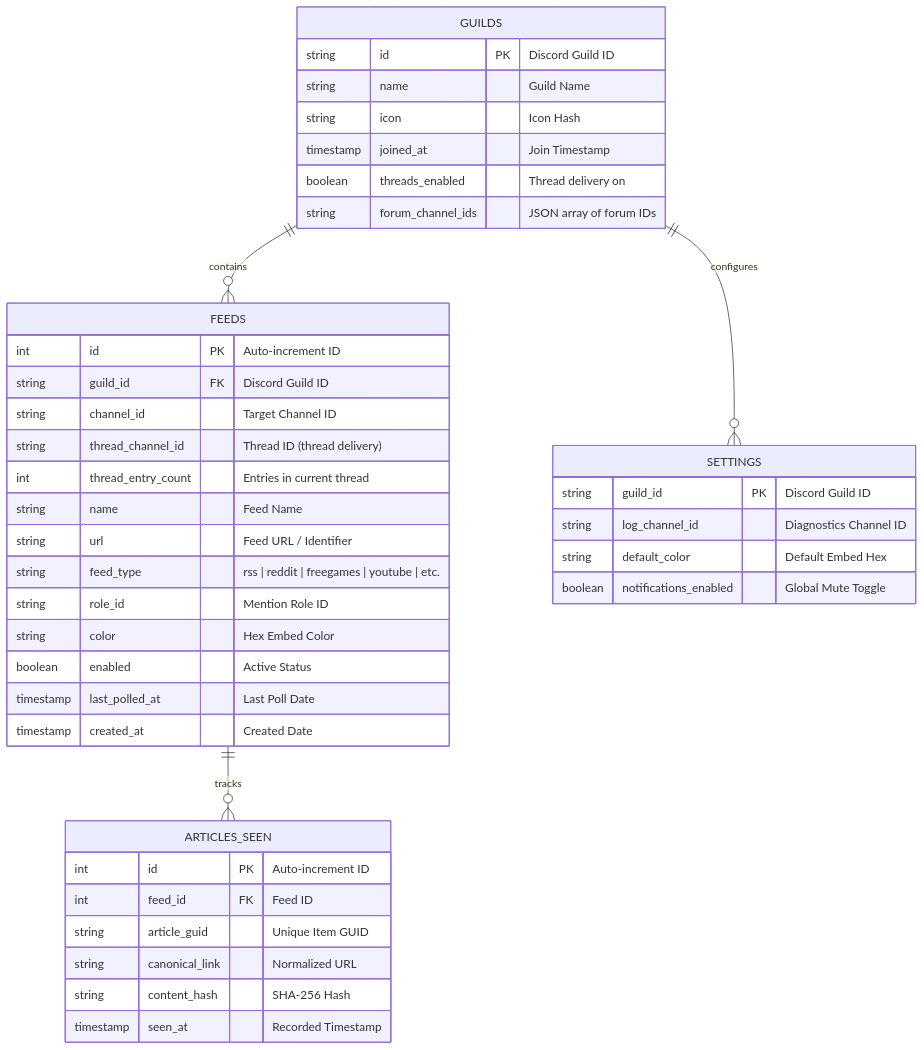
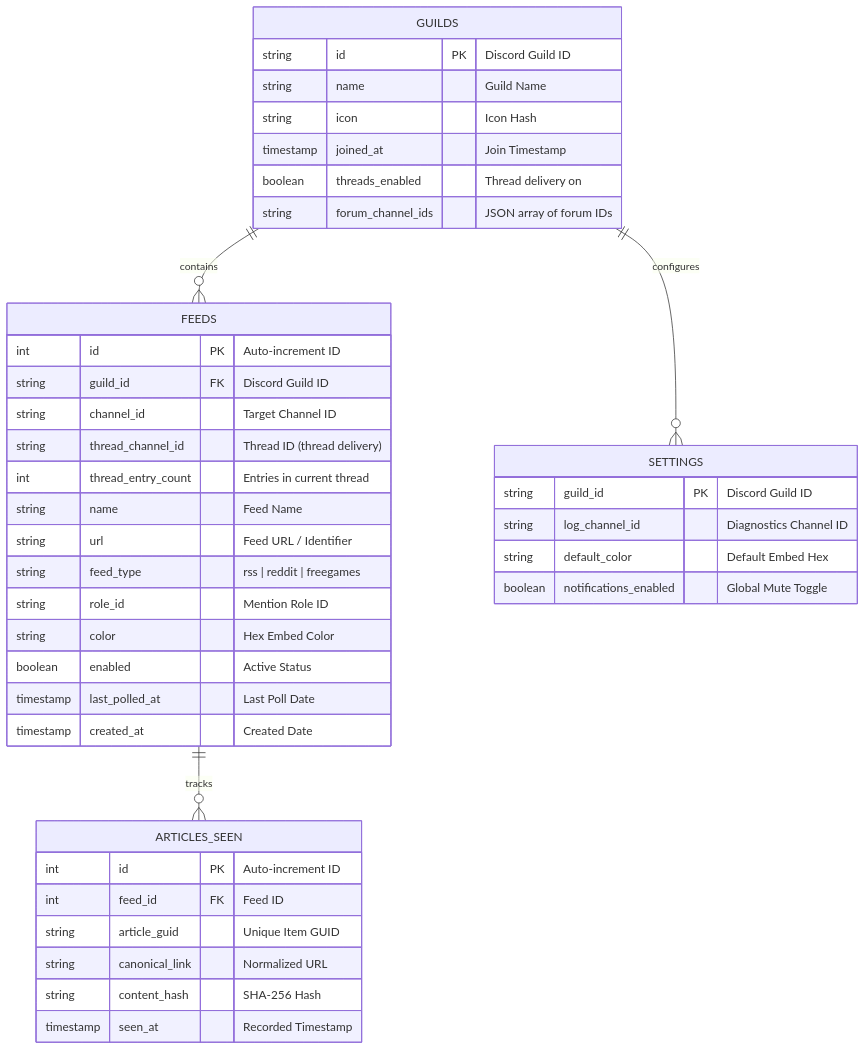
One commit to HELIX-Origin/Discord-RSS changed the second of 2 diagrams in wiki/Architecture-and-Design.md. Above: the diagram before and after it, drawn with Mermaid. The commit also changed other lines of this file and 5 other files, not shown here.

````diff
--- a/wiki/Architecture-and-Design.md
+++ b/wiki/Architecture-and-Design.md
@@ -80,47 +80,47 @@
 ```mermaid
 erDiagram
     GUILDS ||--o{ FEEDS : contains
     FEEDS ||--o{ ARTICLES_SEEN : tracks
     GUILDS ||--o{ SETTINGS : configures
 
     GUILDS {
         string id PK "Discord Guild ID"
         string name "Guild Name"
         string icon "Icon Hash"
         timestamp joined_at "Join Timestamp"
         boolean threads_enabled "Thread delivery on"
         string forum_channel_ids "JSON array of forum IDs"
     }
 
     FEEDS {
         int id PK "Auto-increment ID"
         string guild_id FK "Discord Guild ID"
         string channel_id "Target Channel ID"
         string thread_channel_id "Thread ID (thread delivery)"
         int thread_entry_count "Entries in current thread"
         string name "Feed Name"
         string url "Feed URL / Identifier"
-        string feed_type "rss | reddit | freegames | youtube | etc."
+        string feed_type "rss | reddit | freegames"
         string role_id "Mention Role ID"
         string color "Hex Embed Color"
         boolean enabled "Active Status"
         timestamp last_polled_at "Last Poll Date"
         timestamp created_at "Created Date"
     }
 
     ARTICLES_SEEN {
         int id PK "Auto-increment ID"
         int feed_id FK "Feed ID"
         string article_guid "Unique Item GUID"
         string canonical_link "Normalized URL"
         string content_hash "SHA-256 Hash"
         timestamp seen_at "Recorded Timestamp"
     }
 
     SETTINGS {
         string guild_id PK "Discord Guild ID"
         string log_channel_id "Diagnostics Channel ID"
         string default_color "Default Embed Hex"
         boolean notifications_enabled "Global Mute Toggle"
     }
 ```
````
